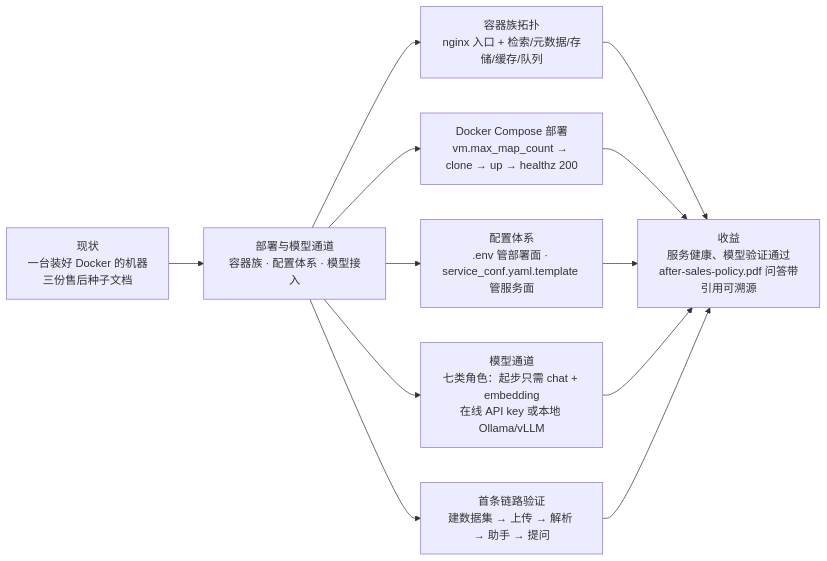
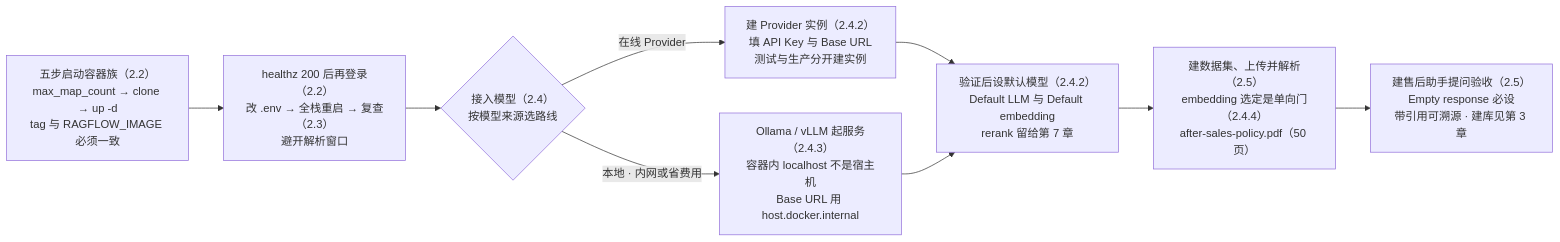
The first of 2 diagrams in books/ragflow/chapters/02-deploy-models.md (ybak/ai-tutorial), drawn with Mermaid before and after one commit. The commit also changed other lines of this file and 12 other files, not shown here.

First line of the commit message:
docs(ragflow): 章首图升级为操作流程图——第 3 章试点后全书推广,写作指南双图式修订

````diff
--- a/books/ragflow/chapters/02-deploy-models.md
+++ b/books/ragflow/chapters/02-deploy-models.md
@@ -11,14 +11,11 @@
 ```mermaid
 flowchart LR
-    A["现状<br/>一台装好 Docker 的机器<br/>三份售后种子文档"] --> B["部署与模型通道<br/>容器族 · 配置体系 · 模型接入"]
-    B --> C["容器族拓扑<br/>nginx 入口 + 检索/元数据/存储/缓存/队列"]
-    B --> D["Docker Compose 部署<br/>vm.max_map_count → clone → up → healthz 200"]
-    B --> E["配置体系<br/>.env 管部署面 · service_conf.yaml.template 管服务面"]
-    B --> F["模型通道<br/>七类角色：起步只需 chat + embedding<br/>在线 API key 或本地 Ollama/vLLM"]
-    B --> G["首条链路验证<br/>建数据集 → 上传 → 解析 → 助手 → 提问"]
-    C --> H["收益<br/>服务健康、模型验证通过<br/>after-sales-policy.pdf 问答带引用可溯源"]
-    D --> H
-    E --> H
-    F --> H
-    G --> H
+    A["五步启动容器族（2.2）<br/>max_map_count → clone → up -d<br/>tag 与 RAGFLOW_IMAGE 必须一致"] --> B["healthz 200 后再登录（2.2）<br/>改 .env → 全栈重启 → 复查（2.3）<br/>避开解析窗口"]
+    B --> C{"接入模型（2.4）<br/>按模型来源选路线"}
+    C -->|"在线 Provider"| D["建 Provider 实例（2.4.2）<br/>填 API Key 与 Base URL<br/>测试与生产分开建实例"]
+    C -->|"本地 · 内网或省费用"| E["Ollama / vLLM 起服务（2.4.3）<br/>容器内 localhost 不是宿主机<br/>Base URL 用 host.docker.internal"]
+    D --> F["验证后设默认模型（2.4.2）<br/>Default LLM 与 Default embedding<br/>rerank 留给第 7 章"]
+    E --> F
+    F --> G["建数据集、上传并解析（2.5）<br/>embedding 选定是单向门（2.4.4）<br/>after-sales-policy.pdf（50 页）"]
+    G --> H["建售后助手提问验收（2.5）<br/>Empty response 必设<br/>带引用可溯源 · 建库见第 3 章"]
 ```
````
